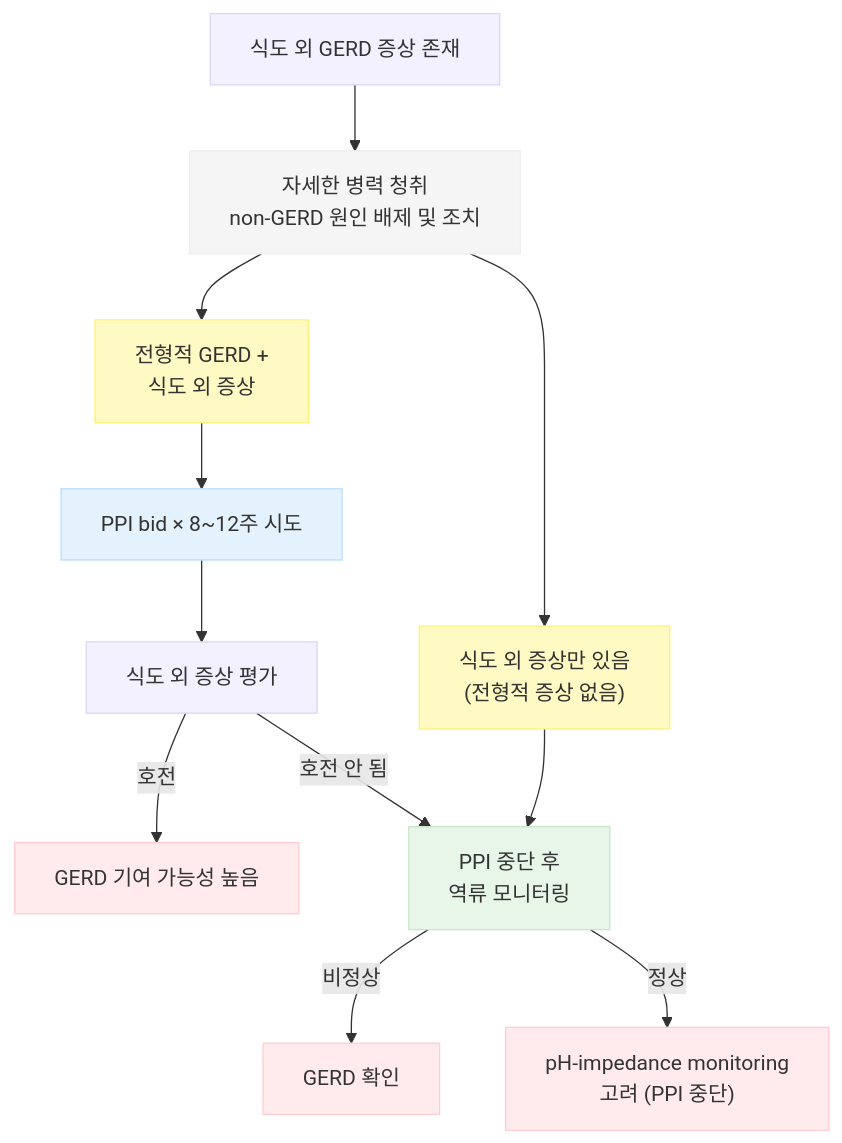
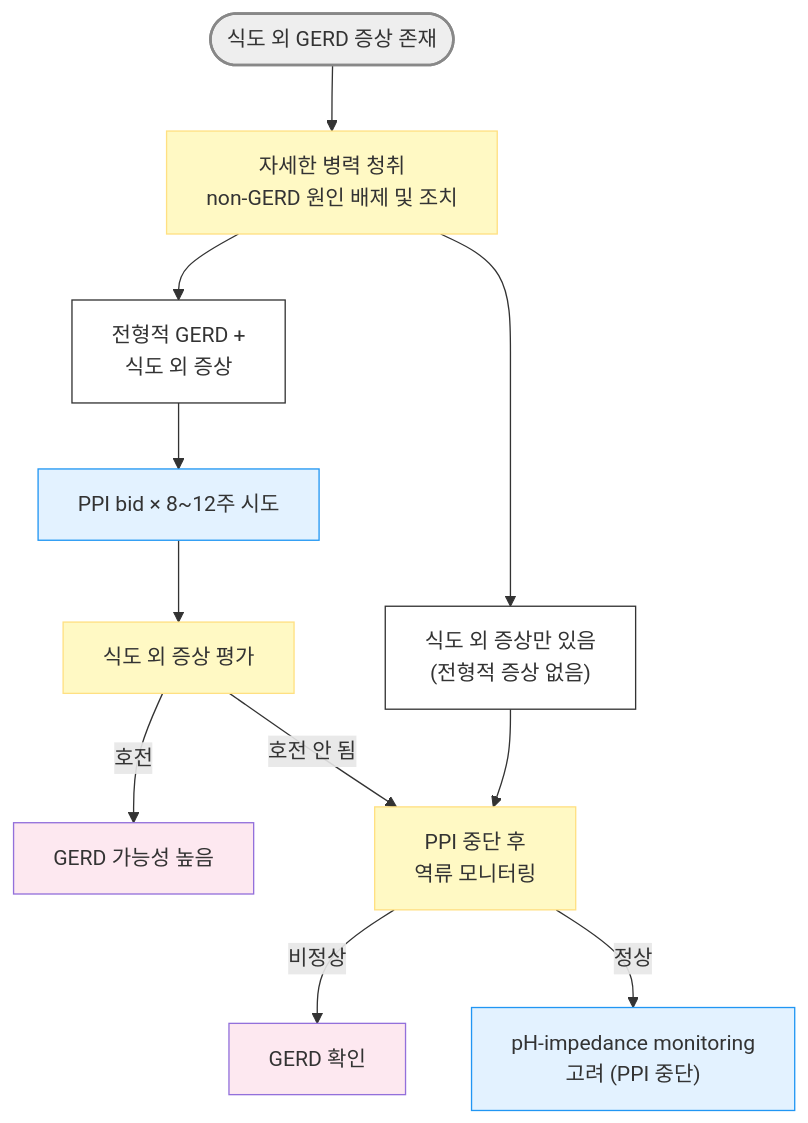
Before and after one commit to familyoh77/familyoh77: the second of 4 diagrams in 224_/081_-gerd.md, drawn with Mermaid. The commit also changed other lines of this file, not shown here.

````diff
--- a/224_/081_-gerd.md
+++ b/224_/081_-gerd.md
@@ -218,43 +207,35 @@
 ```mermaid
 graph TD
-    Start["식도 외 GERD 증상 존재"]
+    Start(["식도 외 GERD 증상 존재"])
     History["자세한 병력 청취<br/>non-GERD 원인 배제 및 조치"]
-
     Typical["전형적 GERD +<br/>식도 외 증상"]
     Atypical["식도 외 증상만 있음<br/>(전형적 증상 없음)"]
-
     PPI_Trial["PPI bid × 8~12주 시도"]
     Symptoms_Check["식도 외 증상 평가"]
-
     Monitoring["PPI 중단 후<br/>역류 모니터링"]
-
-    GERD_Confirm1["GERD 기여 가능성 높음"]
+    GERD_Confirm1["GERD 가능성 높음"]
     GERD_Confirm2["GERD 확인"]
     Impedance["pH-impedance monitoring<br/>고려 (PPI 중단)"]
 
     Start --> History
     History --> Typical
     History --> Atypical
-
     Typical --> PPI_Trial
     PPI_Trial --> Symptoms_Check
-
     Symptoms_Check -- "호전" --> GERD_Confirm1
     Symptoms_Check -- "호전 안 됨" --> Monitoring
-
     Atypical --> Monitoring
-
     Monitoring -- "비정상" --> GERD_Confirm2
     Monitoring -- "정상" --> Impedance
 
-    style Start fill:#f3f0ff,stroke:#dcd6f7
-    style History fill:#f5f5f5,stroke:#eeeeee
-    style Typical fill:#fff9c4,stroke:#fff176
-    style Atypical fill:#fff9c4,stroke:#fff176
-    style PPI_Trial fill:#e3f2fd,stroke:#bbdefb
-    style Symptoms_Check fill:#f3f0ff,stroke:#dcd6f7
-    style Monitoring fill:#e8f5e9,stroke:#c8e6c9
-    style GERD_Confirm1 fill:#ffebee,stroke:#ffcdd2
-    style GERD_Confirm2 fill:#ffebee,stroke:#ffcdd2
-    style Impedance fill:#ffebee,stroke:#ffcdd2
+    style Start fill:#eeeeee,stroke:#888888,stroke-width:2px
+    style History fill:#fff9c4,stroke:#ffe082
+    classDef white fill:#fff,stroke:#333
+class Typical,Atypical white
+    classDef sky fill:#e3f2ff,stroke:#2196f3
+class PPI_Trial,Impedance sky
+    classDef yellow fill:#fff9c4,stroke:#ffe082
+class Symptoms_Check,Monitoring yellow
+    classDef pink fill:#fde8f0
+class GERD_Confirm1,GERD_Confirm2 pink
 ```
````
